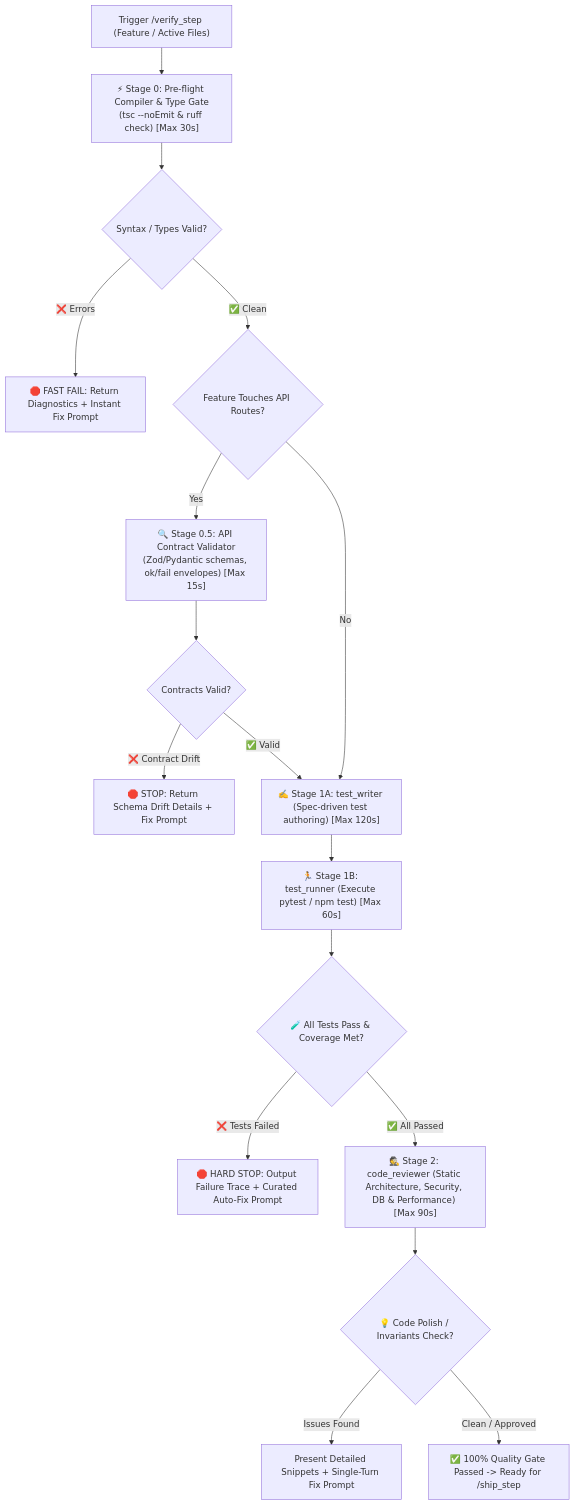
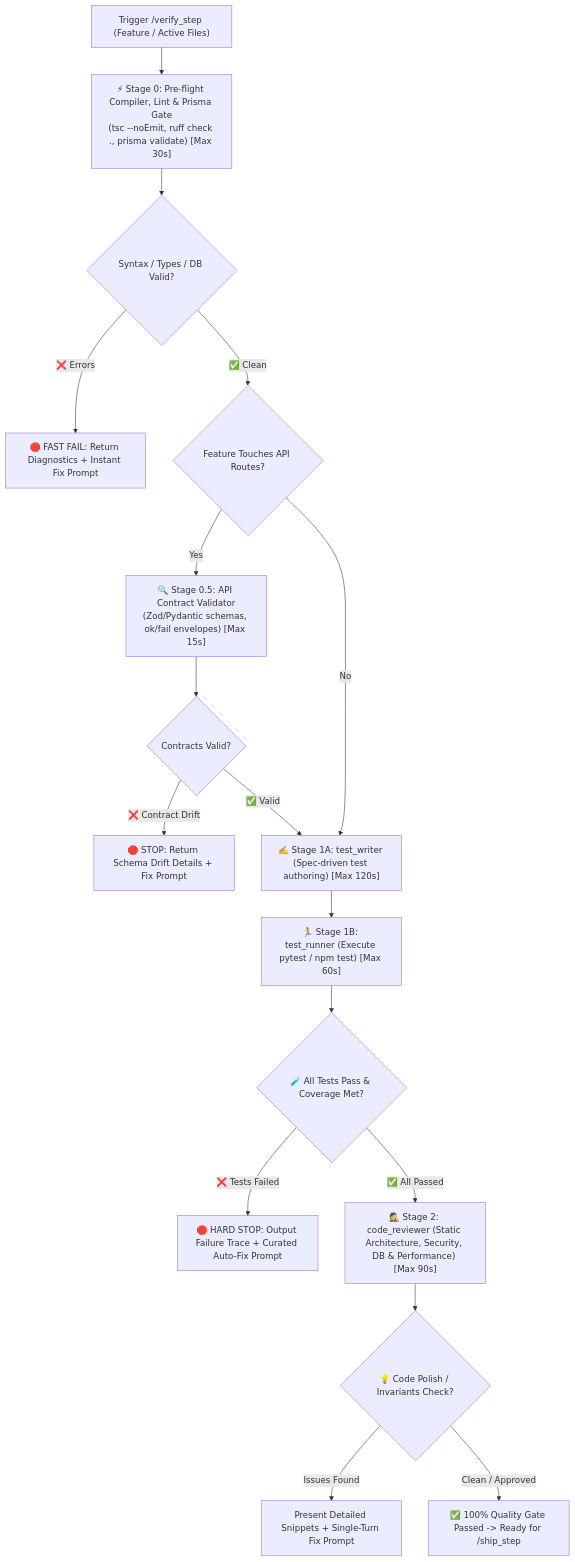
Before and after one commit to agrawalshivam279/safe-yatra: the diagram in .agents/skills/verify_step/SKILL.md, drawn with Mermaid. The commit also changed other lines of this file and 22 other files, not shown here.

````diff
--- a/.agents/skills/verify_step/SKILL.md
+++ b/.agents/skills/verify_step/SKILL.md
@@ -19,23 +20,23 @@
 ```mermaid
 flowchart TD
-    A["Trigger /verify_step (Feature / Active Files)"] --> S0["⚡ Stage 0: Pre-flight Compiler & Type Gate<br/>(tsc --noEmit & ruff check) [Max 30s]"]
-    S0 --> S0Check{"Syntax / Types Valid?"}
+    A["Trigger /verify_step (Feature / Active Files)"] --> S0["⚡ Stage 0: Pre-flight Compiler, Lint & Prisma Gate<br/>(tsc --noEmit, ruff check ., prisma validate) [Max 30s]"]
+    S0 --> S0Check{"Syntax / Types / DB Valid?"}
     S0Check -- "❌ Errors" --> S0Fail["🛑 FAST FAIL: Return Diagnostics + Instant Fix Prompt"]
     S0Check -- "✅ Clean" --> S05{"Feature Touches API Routes?"}
-    
+
     S05 -- "Yes" --> S05Val["🔍 Stage 0.5: API Contract Validator<br/>(Zod/Pydantic schemas, ok/fail envelopes) [Max 15s]"]
     S05Val --> S05Check{"Contracts Valid?"}
     S05Check -- "❌ Contract Drift" --> S05Fail["🛑 STOP: Return Schema Drift Details + Fix Prompt"]
     S05Check -- "✅ Valid" --> B["✍️ Stage 1A: test_writer (Spec-driven test authoring) [Max 120s]"]
     S05 -- "No" --> B
-    
+
     B --> C["🏃 Stage 1B: test_runner (Execute pytest / npm test) [Max 60s]"]
     C --> D{"🧪 All Tests Pass & Coverage Met?"}
-    
+
     D -- "❌ Tests Failed" --> E["🛑 HARD STOP: Output Failure Trace + Curated Auto-Fix Prompt"]
     D -- "✅ All Passed" --> F["🕵️ Stage 2: code_reviewer (Static Architecture, Security, DB & Performance) [Max 90s]"]
-    
+
     F --> G{"💡 Code Polish / Invariants Check?"}
     G -- "Issues Found" --> H["Present Detailed Snippets + Single-Turn Fix Prompt"]
     G -- "Clean / Approved" --> I["✅ 100% Quality Gate Passed -> Ready for /ship_step"]
 ```
````
